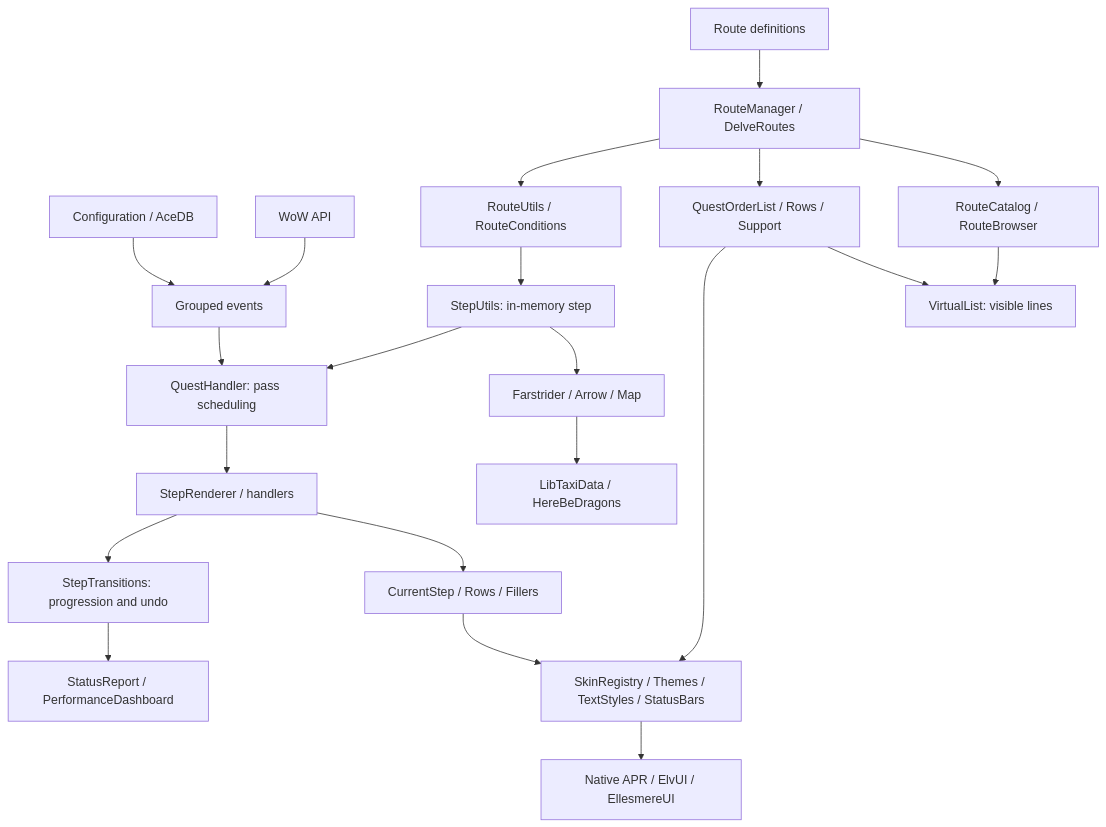
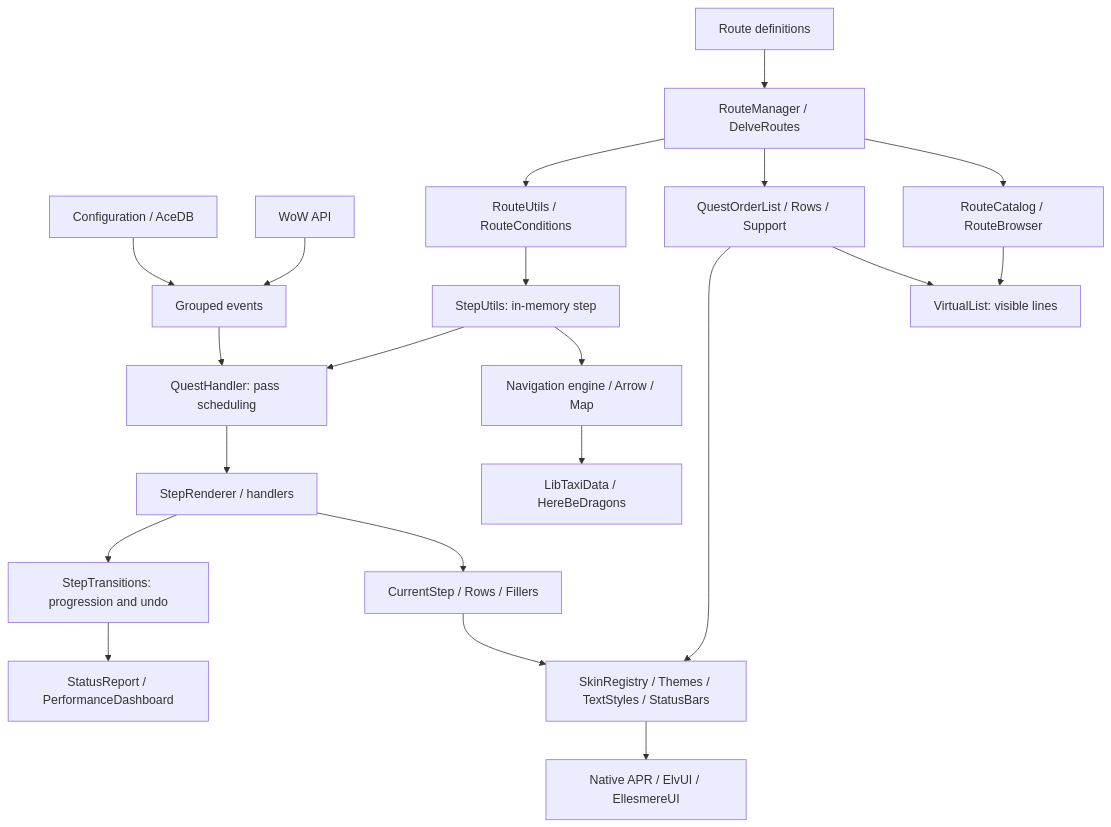
Before and after one commit to Azeroth-Pilot-Reloaded/azeroth-pilot-reloaded: the diagram in APR-Core/README.md, drawn with Mermaid. The commit also changed other lines of this file and 243 other files, not shown here.

````diff
--- a/APR-Core/README.md
+++ b/APR-Core/README.md
@@ -28,23 +28,23 @@
 ```mermaid
 flowchart TD
     Settings[Configuration / AceDB] --> Events[Grouped events]
     Game[WoW API] --> Events
     Routes[Route definitions] --> Engine[RouteManager / DelveRoutes]
     Engine --> Filters[RouteUtils / RouteConditions]
     Filters --> Step[StepUtils: in-memory step]
     Events --> Quest[QuestHandler: pass scheduling]
     Quest --> Renderer[StepRenderer / handlers]
     Renderer --> Transitions[StepTransitions: progression and undo]
     Step --> Quest
     Renderer --> Current[CurrentStep / Rows / Fillers]
     Engine --> Preview[QuestOrderList / Rows / Support]
-    Step --> Navigation[Farstrider / Arrow / Map]
+    Step --> Navigation[Navigation engine / Arrow / Map]
     Navigation --> Taxi[LibTaxiData / HereBeDragons]
     Current --> Registry[SkinRegistry / Themes / TextStyles / StatusBars]
     Preview --> Registry
     Registry --> Skins[Native APR / ElvUI / EllesmereUI]
     Engine --> Catalog[RouteCatalog / RouteBrowser]
     Catalog --> Virtual[VirtualList: visible lines]
     Preview --> Virtual
     Transitions --> Diagnostics[StatusReport / PerformanceDashboard]
 ```
````
